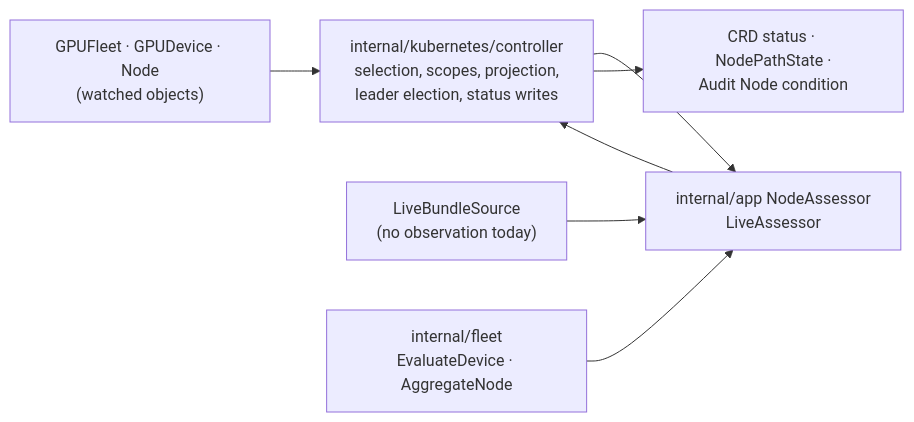
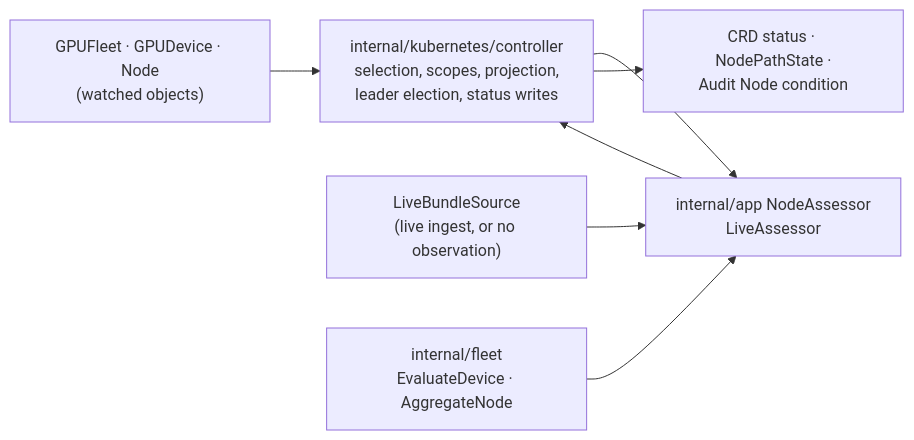
One commit to aetertinas9/data-path-assurance changed the third of 5 diagrams in docs/architecture.md. Above: the diagram before and after it, drawn with Mermaid. The commit also changed other lines of this file and 103 other files, not shown here.

Commit message:
feat(ingest): add authenticated live snapshot ingest and agent live mode

````diff
--- a/docs/architecture.md
+++ b/docs/architecture.md
@@ -124,16 +125,16 @@
 ```mermaid
 flowchart LR
     K["GPUFleet · GPUDevice · Node<br/>(watched objects)"]
     C["internal/kubernetes/controller<br/>selection, scopes, projection,<br/>leader election, status writes"]
     P["internal/app NodeAssessor<br/>LiveAssessor"]
-    S["LiveBundleSource<br/>(no observation today)"]
+    S["LiveBundleSource<br/>(live ingest, or no observation)"]
     F["internal/fleet<br/>EvaluateDevice · AggregateNode"]
     O["CRD status · NodePathState ·<br/>Audit Node condition"]
 
     K --> C
     C --> P
     S --> P
     F --> P
     P --> C
     C --> O
 ```
````
